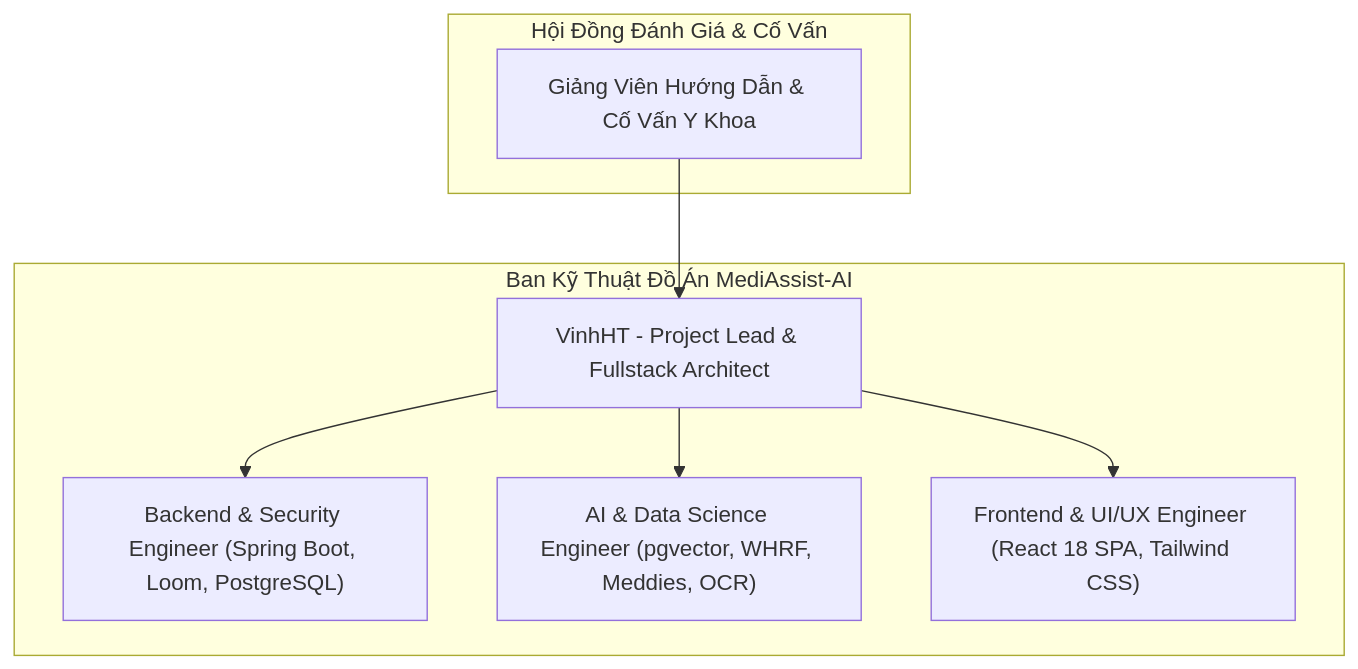
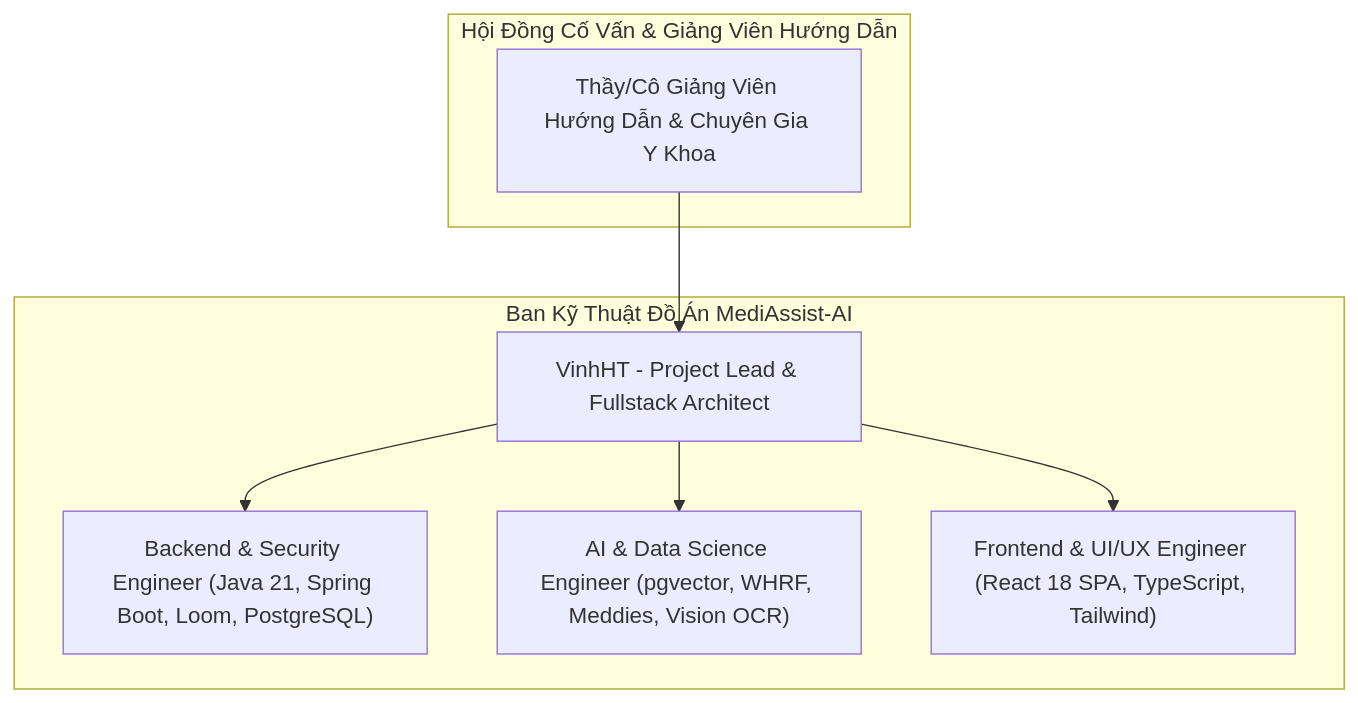
The second of 5 diagrams in docs/PROJECT_CHARTER_AND_PLAN.md (vinhhotff/KLTN-medical-assistant), drawn with Mermaid before and after one commit. The commit also changed other lines of this file and 52 other files, not shown here.

````diff
--- a/docs/PROJECT_CHARTER_AND_PLAN.md
+++ b/docs/PROJECT_CHARTER_AND_PLAN.md
@@ -131,18 +163,18 @@
 ```mermaid
 graph TD
-    subgraph Governance["Hội Đồng Đánh Giá & Cố Vấn"]
-        Advisor["Giảng Viên Hướng Dẫn & Cố Vấn Y Khoa"]
+    subgraph Governance["Hội Đồng Cố Vấn & Giảng Viên Hướng Dẫn"]
+        Advisor["Thầy/Cô Giảng Viên Hướng Dẫn & Chuyên Gia Y Khoa"]
     end
 
-    subgraph Engineering_Team["Ban Kỹ Thuật Đồ Án MediAssist-AI"]
+    subgraph ProjectTeam["Ban Kỹ Thuật Đồ Án MediAssist-AI"]
         Lead["VinhHT - Project Lead & Fullstack Architect"]
-        BackendEng["Backend & Security Engineer (Spring Boot, Loom, PostgreSQL)"]
-        AiEng["AI & Data Science Engineer (pgvector, WHRF, Meddies, OCR)"]
-        FrontendEng["Frontend & UI/UX Engineer (React 18 SPA, Tailwind CSS)"]
+        BackendEng["Backend & Security Engineer (Java 21, Spring Boot, Loom, PostgreSQL)"]
+        AiEng["AI & Data Science Engineer (pgvector, WHRF, Meddies, Vision OCR)"]
+        FrontendEng["Frontend & UI/UX Engineer (React 18 SPA, TypeScript, Tailwind)"]
     end
 
     Advisor --> Lead
     Lead --> BackendEng
     Lead --> AiEng
     Lead --> FrontendEng
 ```
````
